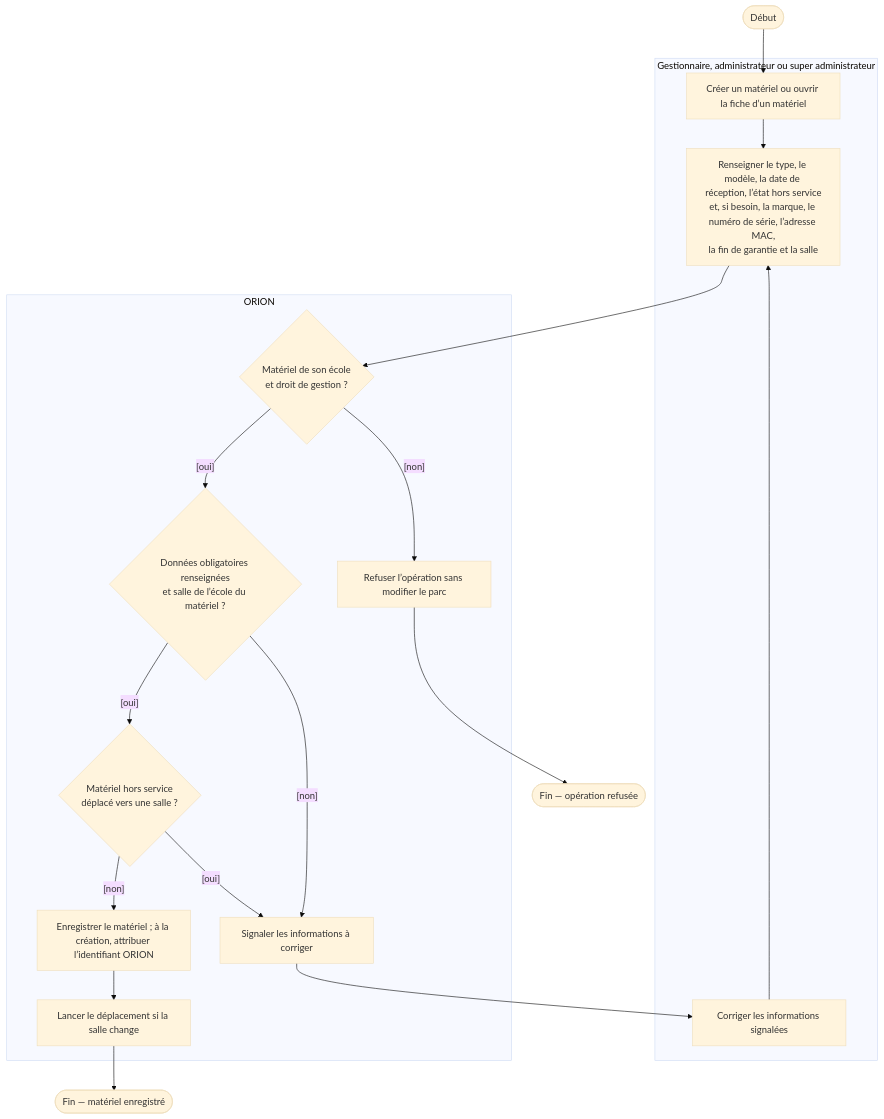
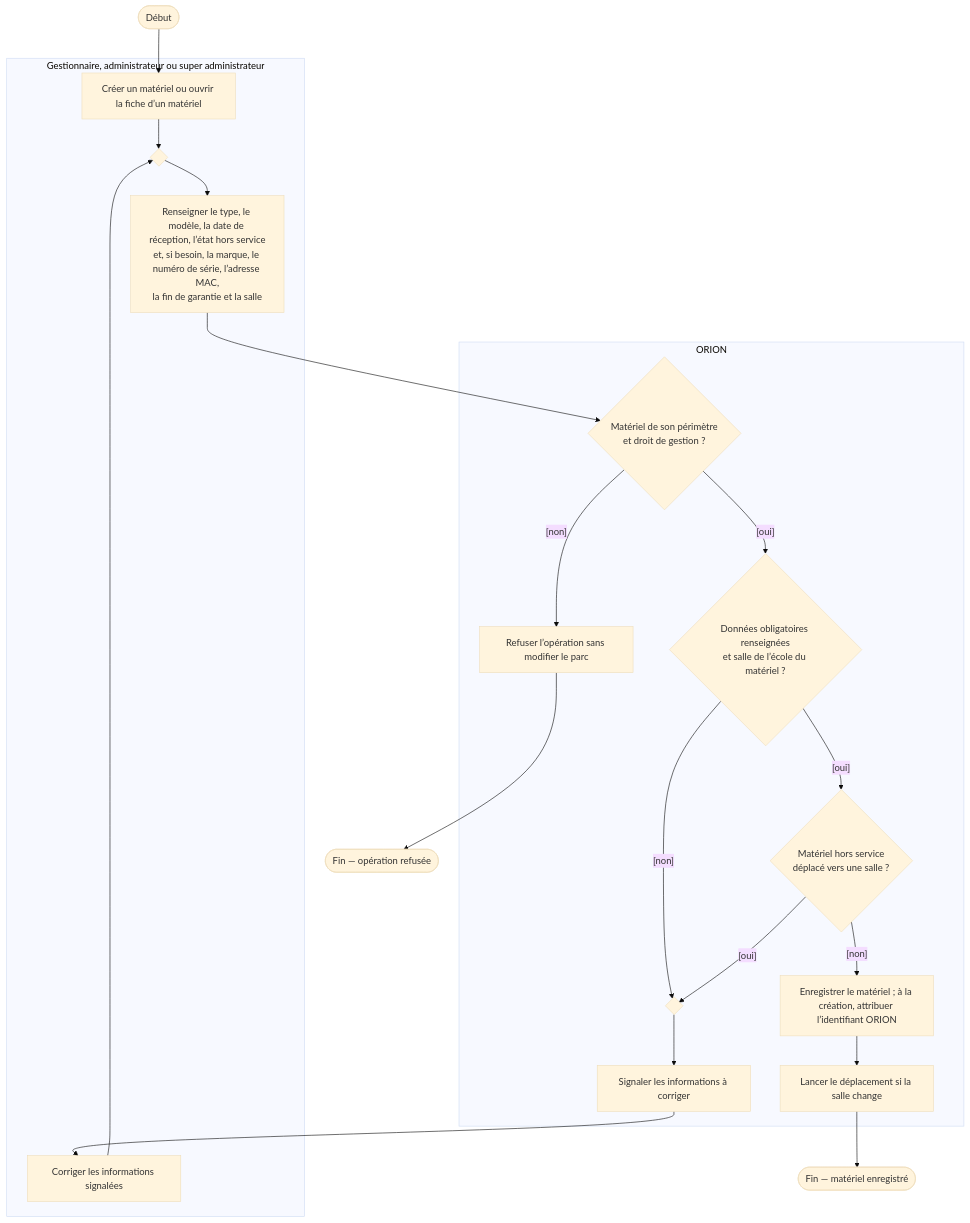
The second of 19 diagrams in docs/02-ANALYSE/02-CAPTURE-DES-BESOINS/08-DIAGRAMMES-ACTIVITE-CAS-UTILISATION.md (bpierrelouis/aster), drawn with Mermaid (base theme) before and after one commit. The commit also changed other lines of this file and 34 other files, not shown here.

First line of the commit message:
docs(diagrammes): aligner les diagrammes UML sur le code et les remettre en page

````diff
--- a/docs/02-ANALYSE/02-CAPTURE-DES-BESOINS/08-DIAGRAMMES-ACTIVITE-CAS-UTILISATION.md
+++ b/docs/02-ANALYSE/02-CAPTURE-DES-BESOINS/08-DIAGRAMMES-ACTIVITE-CAS-UTILISATION.md
@@ -43,30 +43,32 @@
 ```mermaid
 flowchart TD
     debut(["Début"])
     fin(["Fin — matériel enregistré"])
     finRefus(["Fin — opération refusée"])
 
     subgraph ACTEUR["Gestionnaire, administrateur ou super administrateur"]
         choisir["Créer un matériel ou ouvrir la fiche d’un matériel"]
+        fusionSaisir{" "}
         saisir["Renseigner le type, le modèle, la date de réception, l’état hors service<br/>et, si besoin, la marque, le numéro de série, l’adresse MAC,<br/>la fin de garantie et la salle"]
         corriger["Corriger les informations signalées"]
     end
 
     subgraph SYSTEME["ORION"]
-        controleDroit{"Matériel de son école<br/>et droit de gestion ?"}
+        controleDroit{"Matériel de son périmètre<br/>et droit de gestion ?"}
         controleDonnees{"Données obligatoires renseignées<br/>et salle de l’école du matériel ?"}
         controleHs{"Matériel hors service<br/>déplacé vers une salle ?"}
+        fusionSignaler{" "}
         signaler["Signaler les informations à corriger"]
         refuser["Refuser l’opération sans modifier le parc"]
         enregistrer["Enregistrer le matériel ; à la création, attribuer l’identifiant ORION"]
         deplacement["Lancer le déplacement si la salle change"]
     end
 
-    debut --> choisir --> saisir --> controleDroit
+    debut --> choisir --> fusionSaisir --> saisir --> controleDroit
     controleDroit -->|"[non]"| refuser --> finRefus
     controleDroit -->|"[oui]"| controleDonnees
-    controleDonnees -->|"[non]"| signaler --> corriger --> saisir
+    controleDonnees -->|"[non]"| fusionSignaler --> signaler --> corriger --> fusionSaisir
     controleDonnees -->|"[oui]"| controleHs
-    controleHs -->|"[oui]"| signaler
+    controleHs -->|"[oui]"| fusionSignaler
     controleHs -->|"[non]"| enregistrer --> deplacement --> fin
 ```
````
